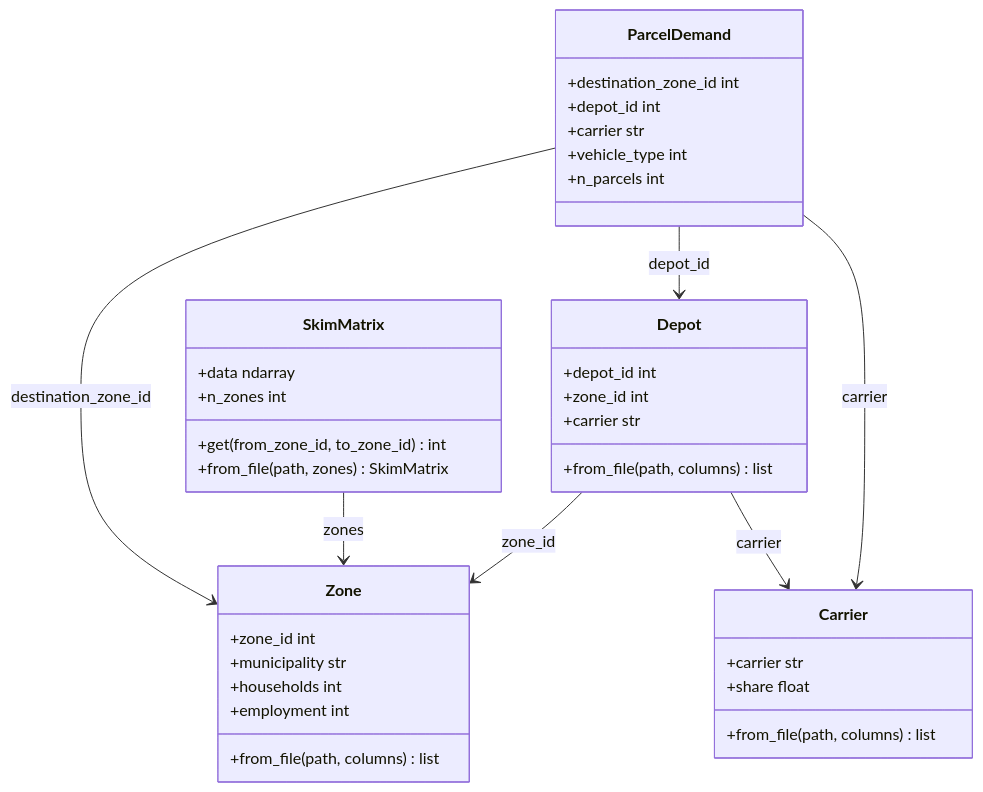
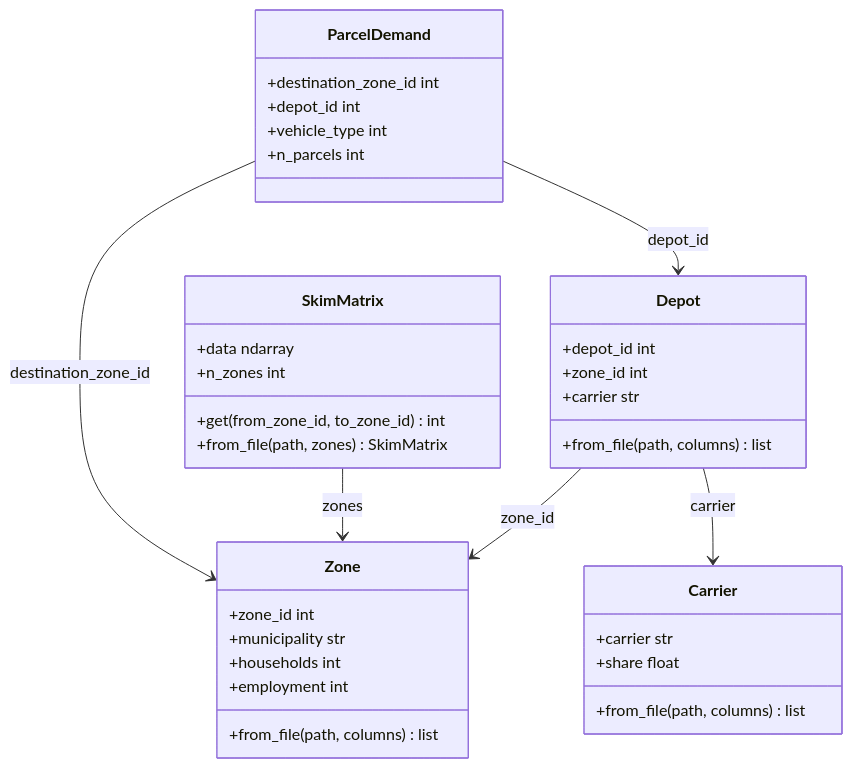
One commit to hcubasd/urban-dollop changed the diagram in README.md. Above: the diagram before and after it, drawn with Mermaid. The commit also changed 1 other file, not shown here.

Commit message:
Drop carrier from ParcelDemand; depot implies carrier

````diff
--- a/README.md
+++ b/README.md
@@ -18,45 +18,43 @@
 ```mermaid
 classDiagram
     class Zone {
         +zone_id int
         +municipality str
         +households int
         +employment int
         +from_file(path, columns) list
     }
 
     class Carrier {
         +carrier str
         +share float
         +from_file(path, columns) list
     }
 
     class Depot {
         +depot_id int
         +zone_id int
         +carrier str
         +from_file(path, columns) list
     }
 
     class ParcelDemand {
         +destination_zone_id int
         +depot_id int
-        +carrier str
         +vehicle_type int
         +n_parcels int
     }
 
     class SkimMatrix {
         +data ndarray
         +n_zones int
         +get(from_zone_id, to_zone_id) int
         +from_file(path, zones) SkimMatrix
     }
 
     Depot --> Zone : zone_id
     Depot --> Carrier : carrier
     ParcelDemand --> Zone : destination_zone_id
     ParcelDemand --> Depot : depot_id
-    ParcelDemand --> Carrier : carrier
     SkimMatrix --> Zone : zones
 ```
````
